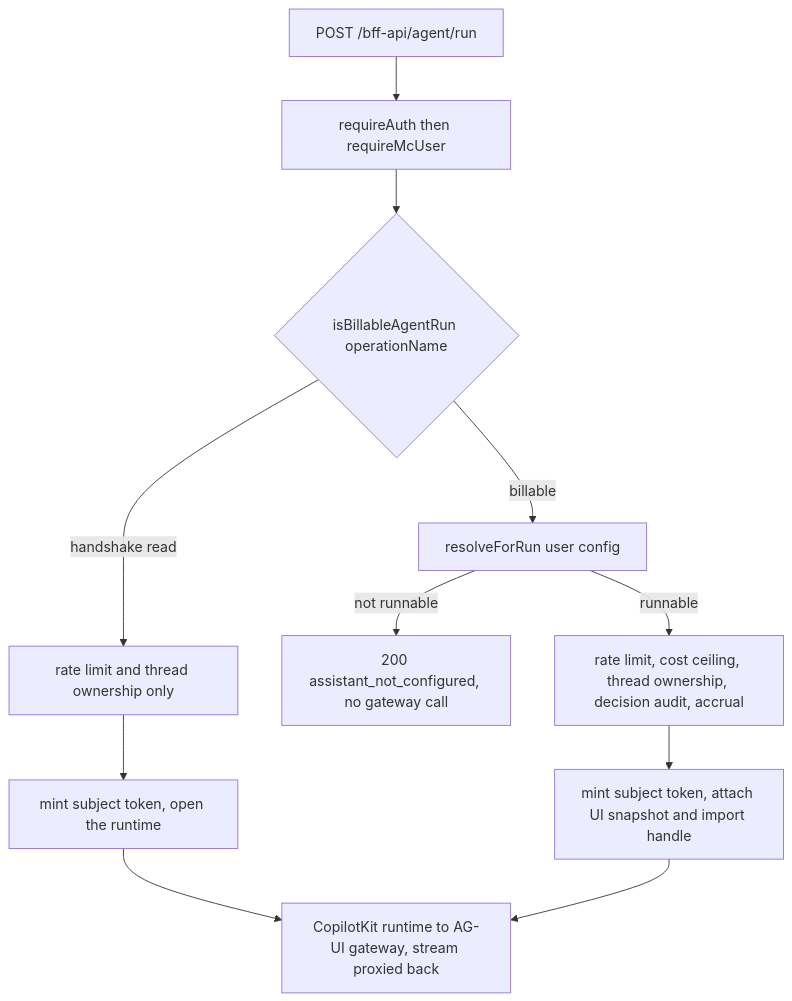
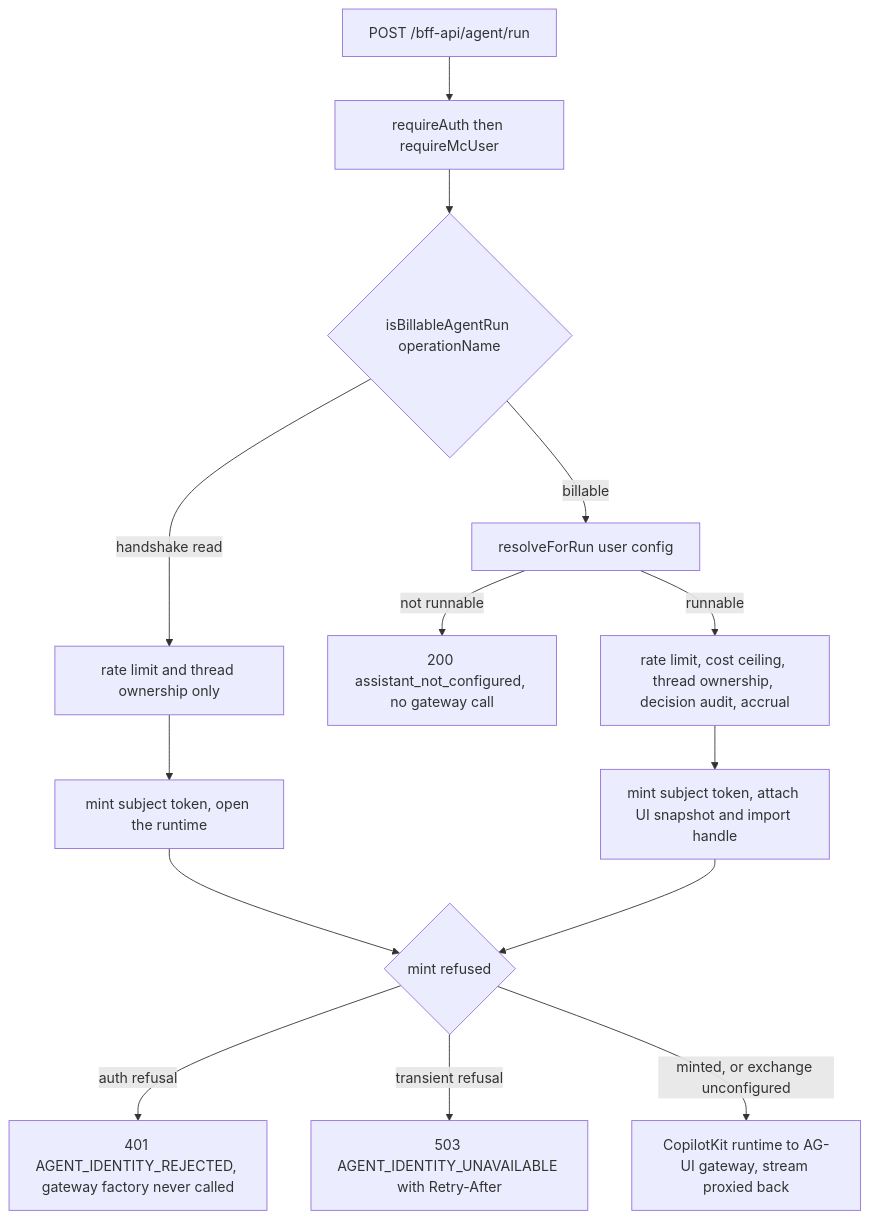
Before and after one commit to jumbleknot/MovieCollectionManager: the first of 4 diagrams in openwiki/projects/bff.md, drawn with Mermaid. The commit also changed other lines of this file and 17 other files, not shown here.

````diff
--- a/openwiki/projects/bff.md
+++ b/openwiki/projects/bff.md
@@ -199,13 +199,16 @@
 ```mermaid
 flowchart TD
     A["POST /bff-api/agent/run"] --> B["requireAuth then requireMcUser"]
     B --> C{"isBillableAgentRun operationName"}
     C -->|"handshake read"| H["rate limit and thread ownership only"]
     C -->|"billable"| D["resolveForRun user config"]
     D -->|"not runnable"| E["200 assistant_not_configured, no gateway call"]
     D -->|"runnable"| F["rate limit, cost ceiling, thread ownership, decision audit, accrual"]
     H --> G["mint subject token, open the runtime"]
     F --> K["mint subject token, attach UI snapshot and import handle"]
-    G --> I["CopilotKit runtime to AG-UI gateway, stream proxied back"]
-    K --> I
+    G --> M{"mint refused"}
+    K --> M
+    M -->|"auth refusal"| N["401 AGENT_IDENTITY_REJECTED, gateway factory never called"]
+    M -->|"transient refusal"| P["503 AGENT_IDENTITY_UNAVAILABLE with Retry-After"]
+    M -->|"minted, or exchange unconfigured"| I["CopilotKit runtime to AG-UI gateway, stream proxied back"]
 ```
````
